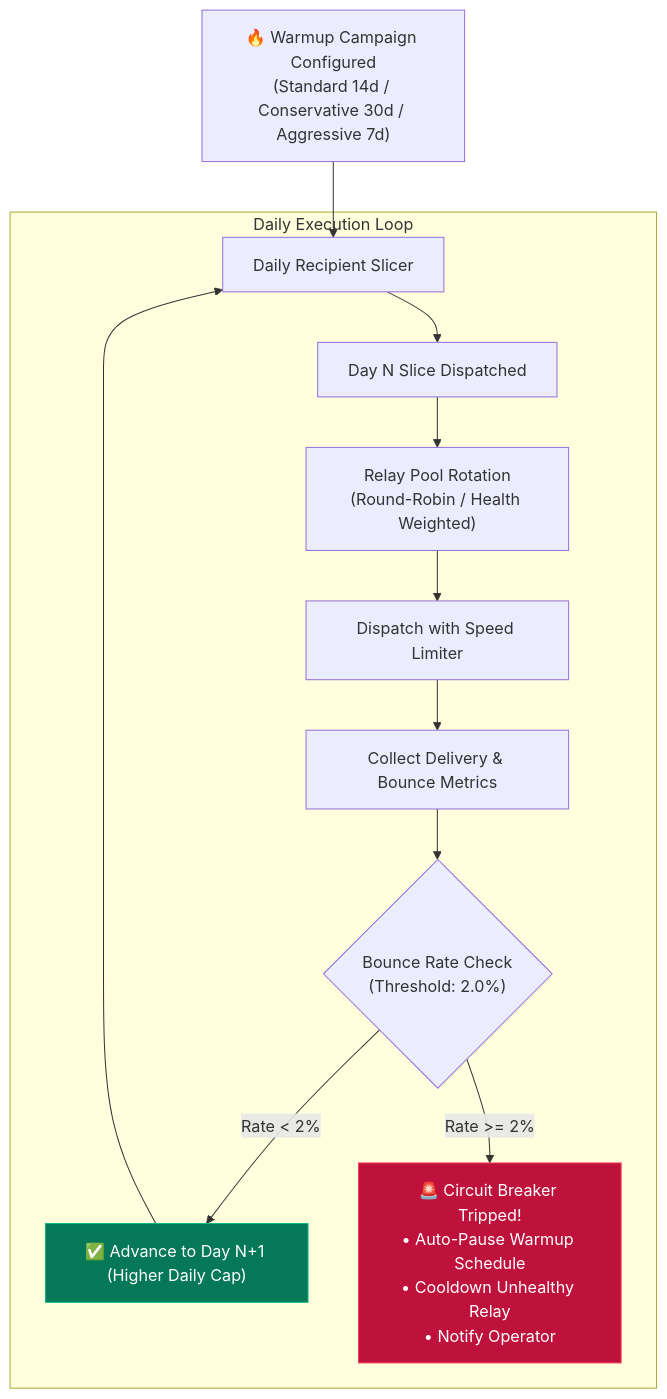
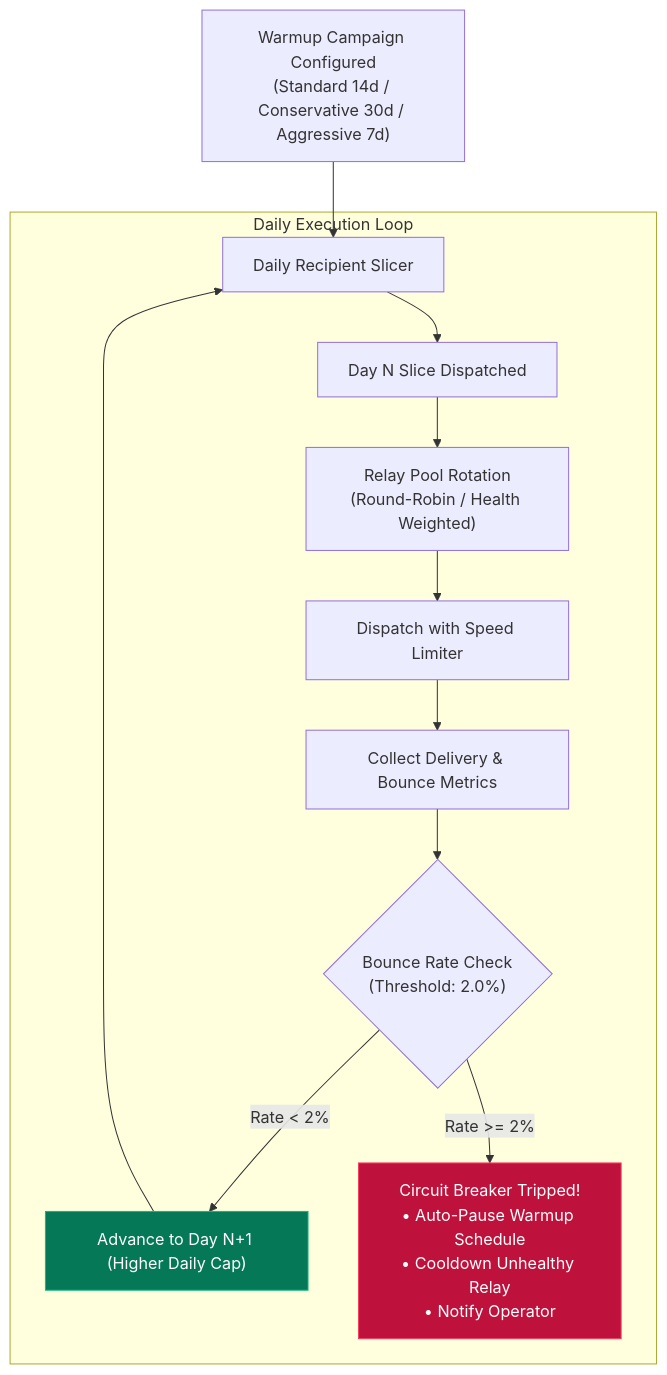
Before and after one commit to zonicisalive/bitmail: the fifth of 5 diagrams in README.md, drawn with Mermaid. The commit also changed other lines of this file and 1 other file, not shown here.

````diff
--- a/README.md
+++ b/README.md
@@ -189,19 +189,19 @@
 ```mermaid
 flowchart TD
-    CONFIG["🔥 Warmup Campaign Configured<br/>(Standard 14d / Conservative 30d / Aggressive 7d)"] --> SLICE["Daily Recipient Slicer"]
+    CONFIG["Warmup Campaign Configured<br/>(Standard 14d / Conservative 30d / Aggressive 7d)"] --> SLICE["Daily Recipient Slicer"]
     
     subgraph DayCycle["Daily Execution Loop"]
         SLICE --> DAY["Day N Slice Dispatched"]
         DAY --> ROTATE["Relay Pool Rotation<br/>(Round-Robin / Health Weighted)"]
         ROTATE --> SEND["Dispatch with Speed Limiter"]
         SEND --> TELEMETRY["Collect Delivery & Bounce Metrics"]
         TELEMETRY --> CB{"Bounce Rate Check<br/>(Threshold: 2.0%)"}
-        CB -->|Rate < 2%| NEXT["✅ Advance to Day N+1 (Higher Daily Cap)"]
-        CB -->|Rate >= 2%| TRIP["🚨 Circuit Breaker Tripped!<br/>• Auto-Pause Warmup Schedule<br/>• Cooldown Unhealthy Relay<br/>• Notify Operator"]
+        CB -->|Rate < 2%| NEXT["Advance to Day N+1 (Higher Daily Cap)"]
+        CB -->|Rate >= 2%| TRIP["Circuit Breaker Tripped!<br/>• Auto-Pause Warmup Schedule<br/>• Cooldown Unhealthy Relay<br/>• Notify Operator"]
     end
 
     NEXT --> SLICE
 
     style TRIP fill:#be123c,stroke:#f43f5e,color:#ffffff
     style NEXT fill:#047857,stroke:#10b981,color:#ffffff
 ```
````
